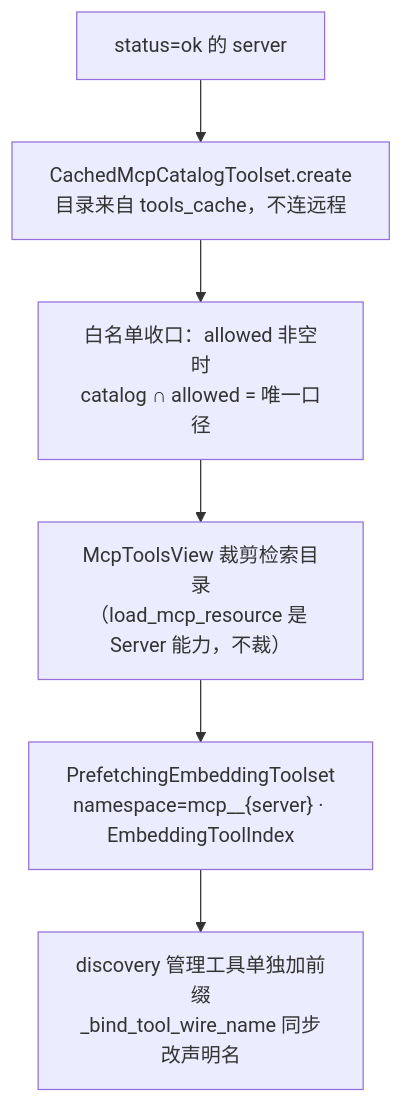
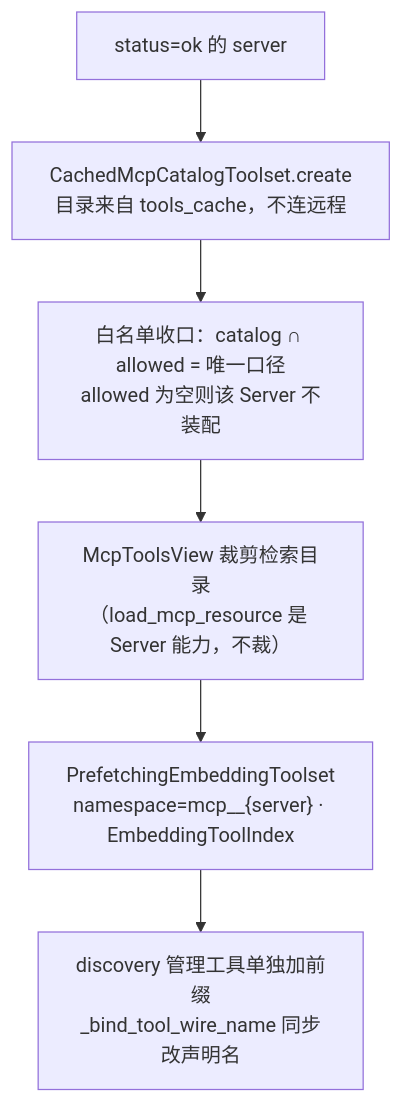
One commit to isfangmk/crewlab changed the fifth of 6 diagrams in backend/app/knowledge_base/concepts/MCP全链路架构.md. Above: the diagram before and after it, drawn with Mermaid. The commit also changed other lines of this file and 72 other files, not shown here.

````diff
--- a/backend/app/knowledge_base/concepts/MCP全链路架构.md
+++ b/backend/app/knowledge_base/concepts/MCP全链路架构.md
@@ -129,8 +129,8 @@
 ```mermaid
 flowchart TD
   SRV["status=ok 的 server"] --> CAT["CachedMcpCatalogToolset.create<br/>目录来自 tools_cache，不连远程"]
-  CAT --> VIEW["白名单收口：allowed 非空时<br/>catalog ∩ allowed = 唯一口径"]
+  CAT --> VIEW["白名单收口：catalog ∩ allowed = 唯一口径<br/>allowed 为空则该 Server 不装配"]
   VIEW --> V["McpToolsView 裁剪检索目录<br/>（load_mcp_resource 是 Server 能力，不裁）"]
   V --> IDX["PrefetchingEmbeddingToolset<br/>namespace=mcp__{server} · EmbeddingToolIndex"]
   IDX --> DISC["discovery 管理工具单独加前缀<br/>_bind_tool_wire_name 同步改声明名"]
 ```
````
